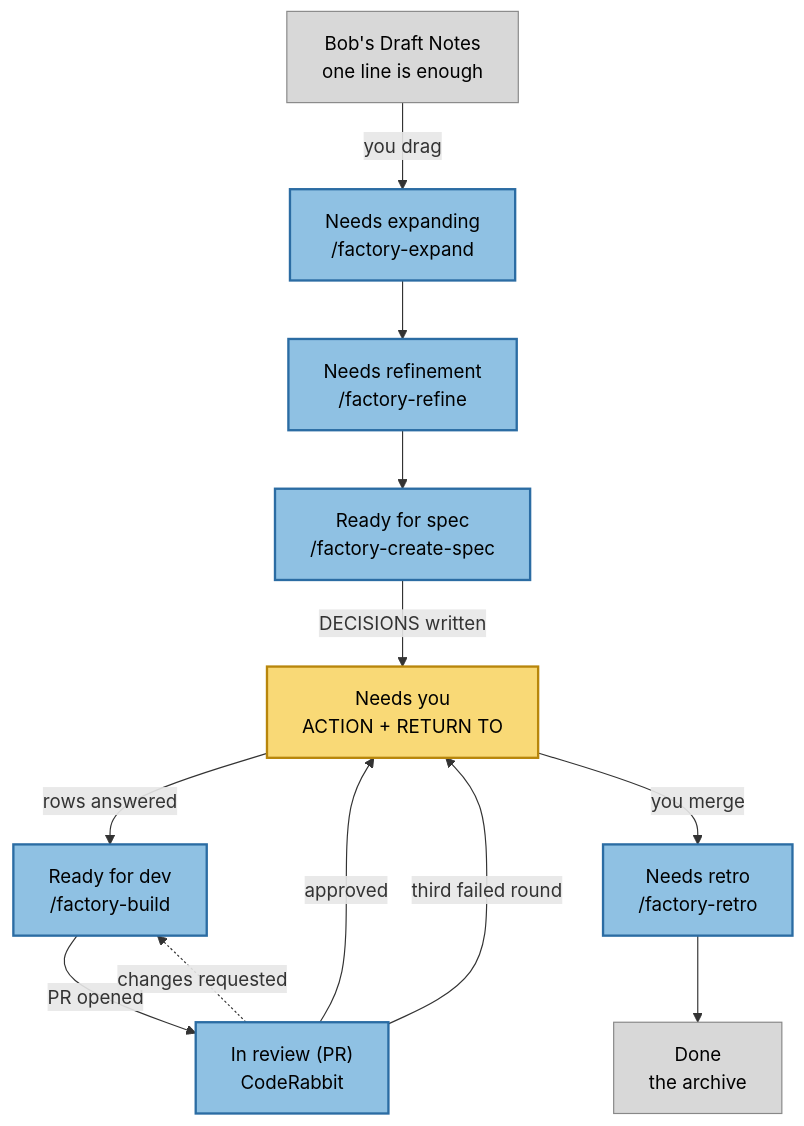
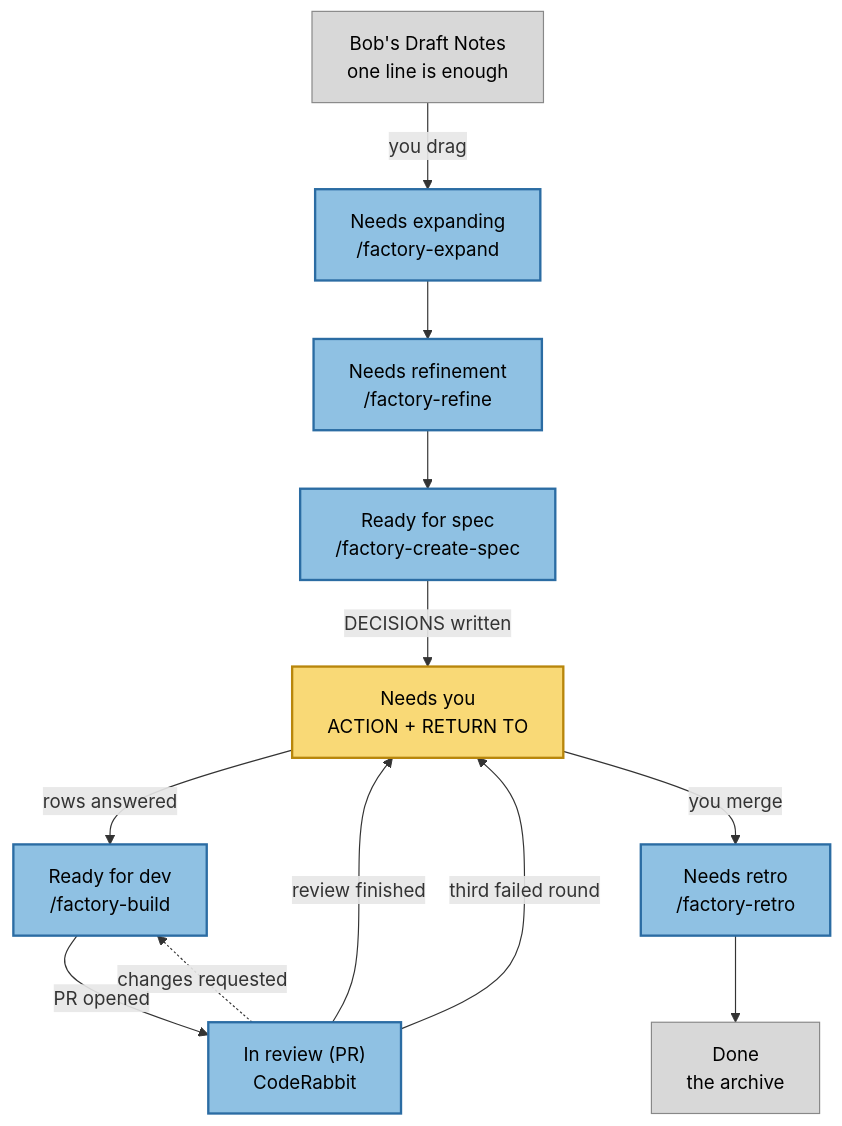
Before and after one commit to BobDempsey/software-factory: the diagram in docs/architecture.md, drawn with Mermaid. The commit also changed other lines of this file and 5 other files, not shown here.

````diff
--- a/docs/architecture.md
+++ b/docs/architecture.md
@@ -12,33 +12,33 @@
 ```mermaid
 flowchart TD
     classDef you fill:#f9d976,stroke:#b8860b,stroke-width:2px,color:#000
     classDef agent fill:#8fc1e3,stroke:#2b6ca3,stroke-width:2px,color:#000
     classDef quiet fill:#d8d8d8,stroke:#888,stroke-width:1px,color:#000
 
     DRAFT["Bob's Draft Notes<br/>one line is enough"]
     EXPAND["Needs expanding<br/>/factory-expand"]
     REFINE["Needs refinement<br/>/factory-refine"]
     SPEC["Ready for spec<br/>/factory-create-spec"]
     DEV["Ready for dev<br/>/factory-build"]
     REVIEW["In review (PR)<br/>CodeRabbit"]
     RETRO["Needs retro<br/>/factory-retro"]
     YOU["Needs you<br/>ACTION + RETURN TO"]
     DONE["Done<br/>the archive"]
 
     DRAFT -->|you drag| EXPAND
     EXPAND --> REFINE
     REFINE --> SPEC
     SPEC -->|DECISIONS written| YOU
     YOU -->|rows answered| DEV
     DEV -->|PR opened| REVIEW
     REVIEW -.->|changes requested| DEV
-    REVIEW -->|approved| YOU
+    REVIEW -->|review finished| YOU
     REVIEW -->|third failed round| YOU
     YOU -->|you merge| RETRO
     RETRO --> DONE
 
     class DRAFT quiet
     class YOU you
     class EXPAND,REFINE,SPEC,DEV,REVIEW,RETRO agent
     class DONE quiet
 ```
````
